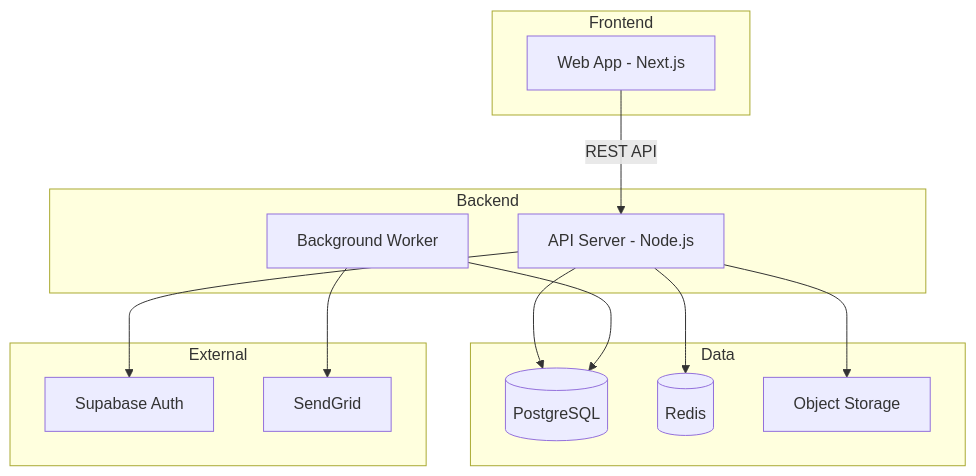
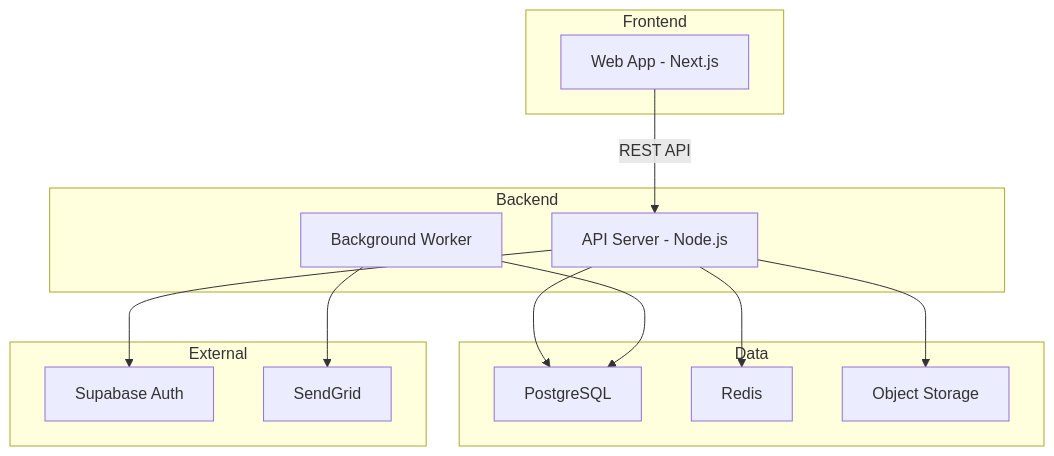
One commit to miniidealab/openlogos changed the diagram in plugin/skills/architecture-designer/SKILL.md. Above: the diagram before and after it, drawn with Mermaid. The commit also changed other lines of this file and 96 other files, not shown here.

````diff
--- a/plugin/skills/architecture-designer/SKILL.md
+++ b/plugin/skills/architecture-designer/SKILL.md
@@ -72,27 +80,27 @@
 ```mermaid
 graph TB
-    subgraph Frontend
-        Web[Web App - Next.js]
+    subgraph "Frontend"
+        Web["Web App - Next.js"]
     end
-    subgraph Backend
-        API[API Server - Node.js]
-        Worker[Background Worker]
+    subgraph "Backend"
+        API["API Server - Node.js"]
+        Worker["Background Worker"]
     end
-    subgraph Data
-        DB[(PostgreSQL)]
-        Cache[(Redis)]
-        S3[Object Storage]
+    subgraph "Data"
+        DB["PostgreSQL"]
+        Cache["Redis"]
+        S3["Object Storage"]
     end
-    subgraph External
-        Auth[Supabase Auth]
-        Email[SendGrid]
+    subgraph "External"
+        Auth["Supabase Auth"]
+        Email["SendGrid"]
     end
 
     Web -->|REST API| API
     API --> DB
     API --> Cache
     API --> S3
     API --> Auth
     Worker --> DB
     Worker --> Email
 ```
````
